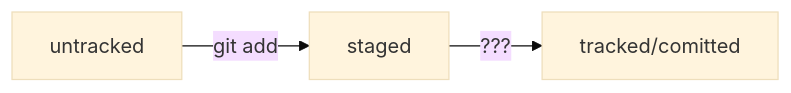
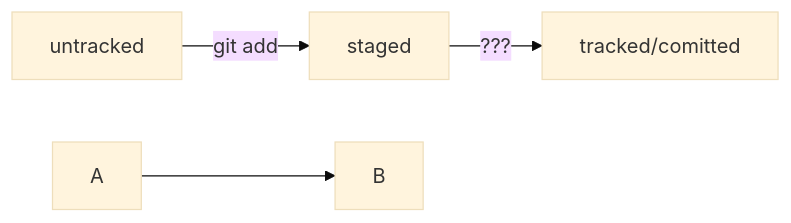
One commit to madjoker78787/instructions changed the diagram in README.md. Above: the diagram before and after it, drawn with Mermaid (base theme).

````diff
--- a/README.md
+++ b/README.md
@@ -25,8 +25,8 @@
 ```mermaid
 graph LR;
-	untracked -- "git add" --> staged;
-	staged    -- "???"     --> tracked/comitted;
+  untracked -- "git add" --> staged;
+  staged    -- "???"     --> tracked/comitted;
 
-%%Начало комментария
-
+%% стрелка без текста для примера: 
+  A --> B;
 ```
````
